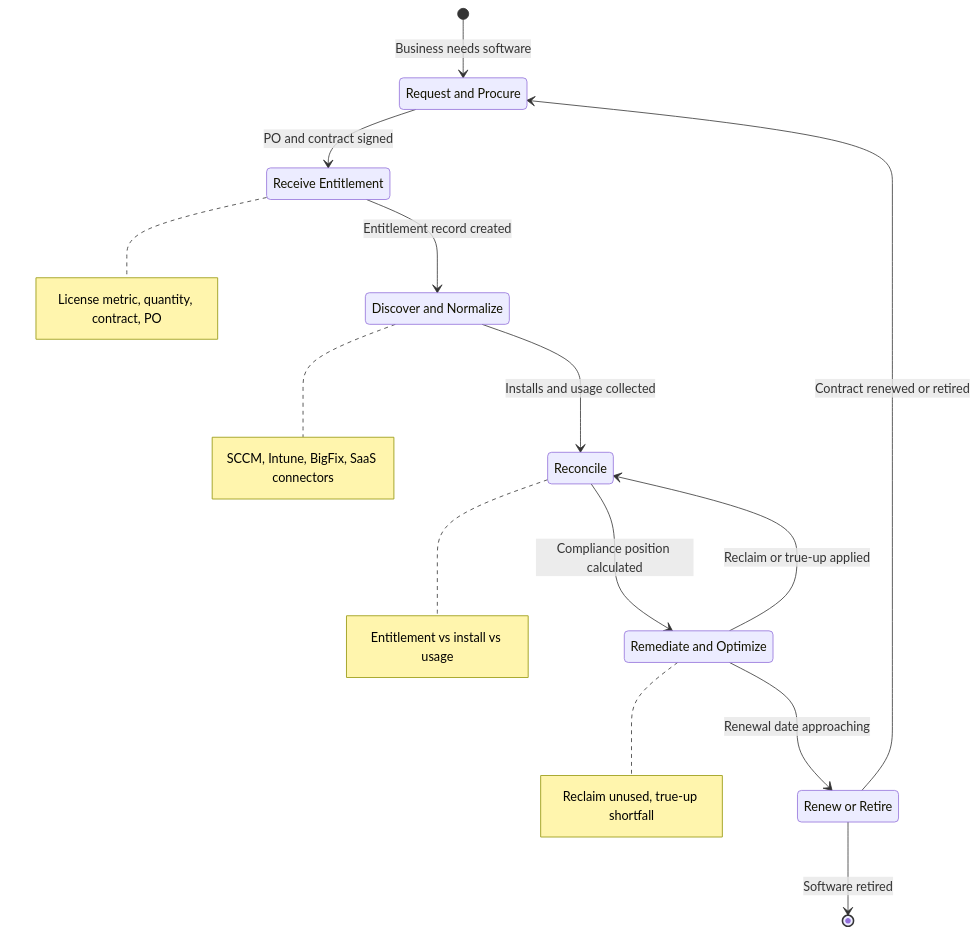
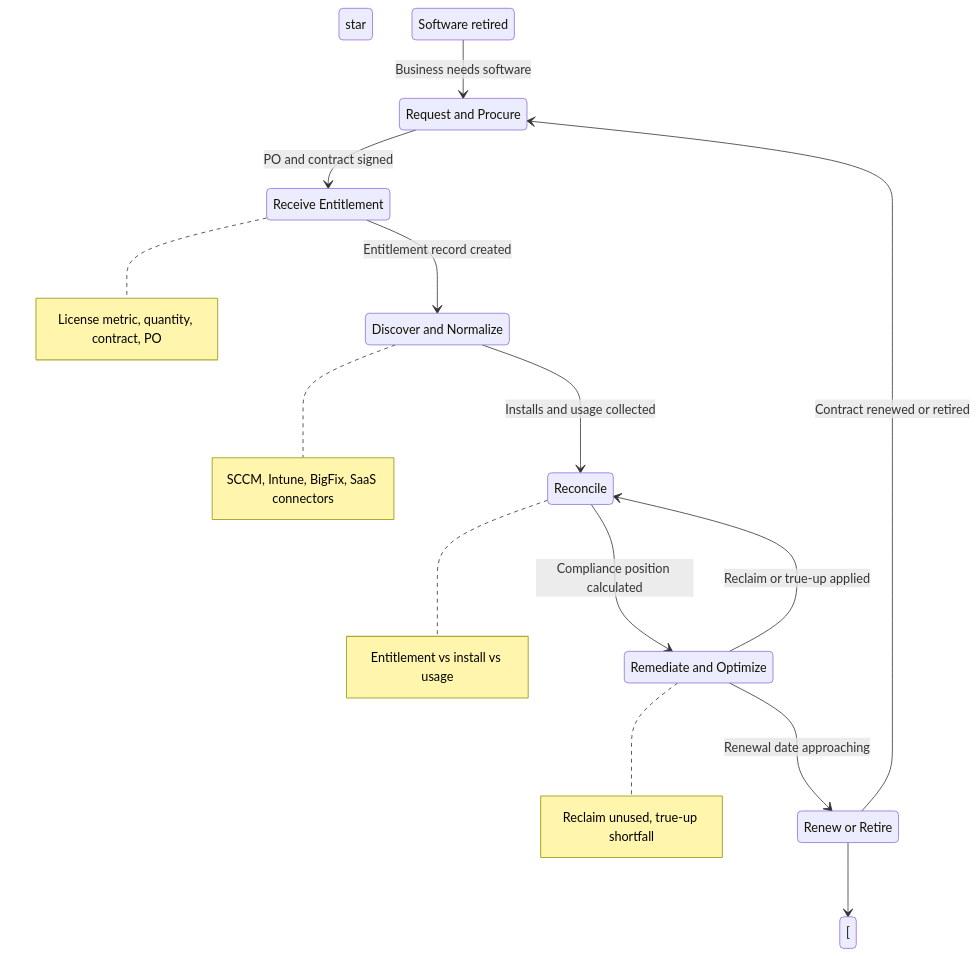
The first of 8 diagrams in docs/modules/sam/sam-guide.md (eltonaguiar/ServiceNow_Learning_TSOM-_CSM_FSM_SalesCRM_HAM_ITSM), drawn with Mermaid before and after one commit. The commit also changed other lines of this file and 19 other files, not shown here.

Commit message:
Fix all Mermaid diagram special characters - replace dollar, parens, slashes, quotes, pipes, nested brackets and other unsafe chars inside brackets with safe alternatives across 19 files

````diff
--- a/docs/modules/sam/sam-guide.md
+++ b/docs/modules/sam/sam-guide.md
@@ -178,24 +178,24 @@
 ```mermaid
 stateDiagram-v2
     state "Request and Procure" as Procure
     state "Receive Entitlement" as Entitle
     state "Discover and Normalize" as Discover
     state "Reconcile" as Reconcile
     state "Remediate and Optimize" as Optimize
     state "Renew or Retire" as Renew
 
-    [*] --> Procure : Business needs software
+    [ star ] --> Procure : Business needs software
     Procure --> Entitle : PO and contract signed
     Entitle --> Discover : Entitlement record created
     Discover --> Reconcile : Installs and usage collected
     Reconcile --> Optimize : Compliance position calculated
     Optimize --> Reconcile : Reclaim or true-up applied
     Optimize --> Renew : Renewal date approaching
     Renew --> Procure : Contract renewed or retired
-    Renew --> [*] : Software retired
+    Renew --> [ star ] : Software retired
 
     note right of Entitle : License metric, quantity, contract, PO
     note right of Discover : SCCM, Intune, BigFix, SaaS connectors
     note right of Reconcile : Entitlement vs install vs usage
     note right of Optimize : Reclaim unused, true-up shortfall
 ```
````
